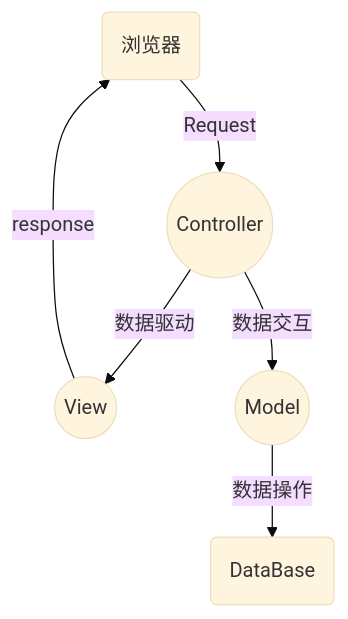
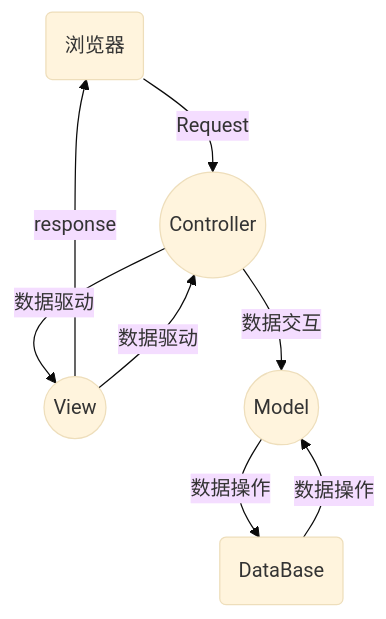
One commit to jicki/jicki.github.io changed the diagram in _posts/2000-01-01-golang-web-note-1.md. Above: the diagram before and after it, drawn with Mermaid (base theme).

````diff
--- a/_posts/2000-01-01-golang-web-note-1.md
+++ b/_posts/2000-01-01-golang-web-note-1.md
@@ -41,13 +41,15 @@
 ```mermaid
 graph TB;
   id1(浏览器)
   id2((Controller))
   id3((View))
   id4((Model))
   id5(DataBase)
   id1--Request-->id2;
   id2--数据驱动-->id3; 
   id3--response-->id1;
+  id3--数据驱动-->id2;
   id2--数据交互-->id4;
   id4--数据操作-->id5;
+  id5--数据操作-->id4;
 ```
````
